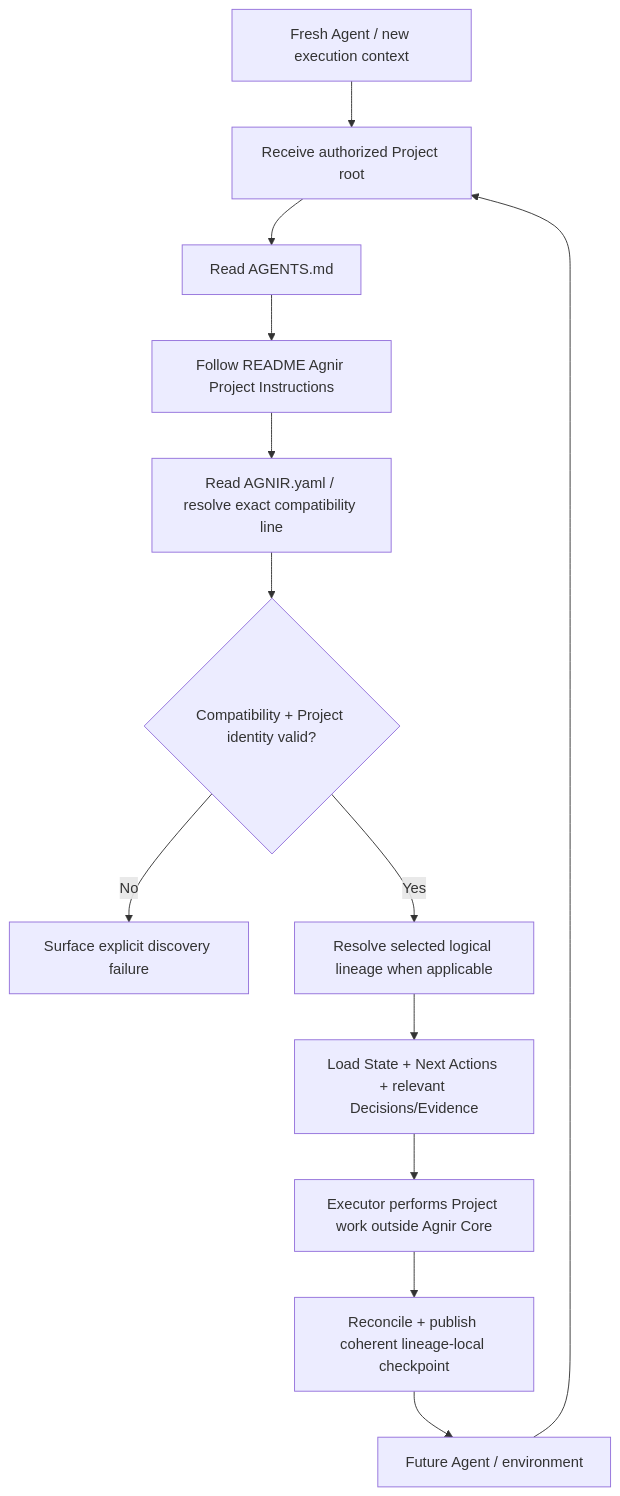
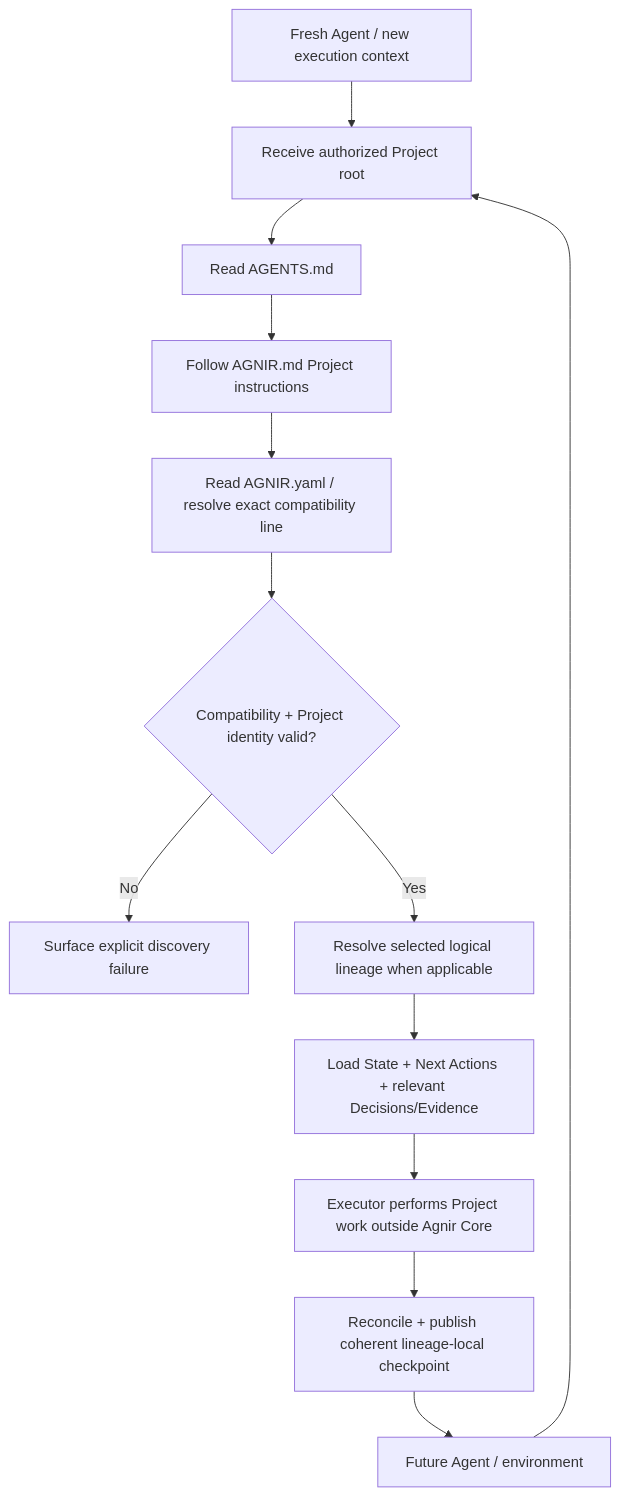
One commit to iorLab/agnir changed the second of 2 diagrams in README.md. Above: the diagram before and after it, drawn with Mermaid. The commit also changed other lines of this file and 24 other files, not shown here.

````diff
--- a/README.md
+++ b/README.md
@@ -129,15 +123,15 @@
 ```mermaid
 flowchart TD
     C[Fresh Agent / new execution context] --> P[Receive authorized Project root]
     P --> A[Read AGENTS.md]
-    A --> I[Follow README Agnir Project Instructions]
+    A --> I[Follow AGNIR.md Project instructions]
     I --> R[Read AGNIR.yaml / resolve exact compatibility line]
     R --> V{Compatibility + Project identity valid?}
     V -- No --> F[Surface explicit discovery failure]
     V -- Yes --> L[Resolve selected logical lineage when applicable]
     L --> Q[Load State + Next Actions + relevant Decisions/Evidence]
     Q --> W[Executor performs Project work outside Agnir Core]
     W --> K[Reconcile + publish coherent lineage-local checkpoint]
     K --> N[Future Agent / environment]
     N --> P
 ```
````
